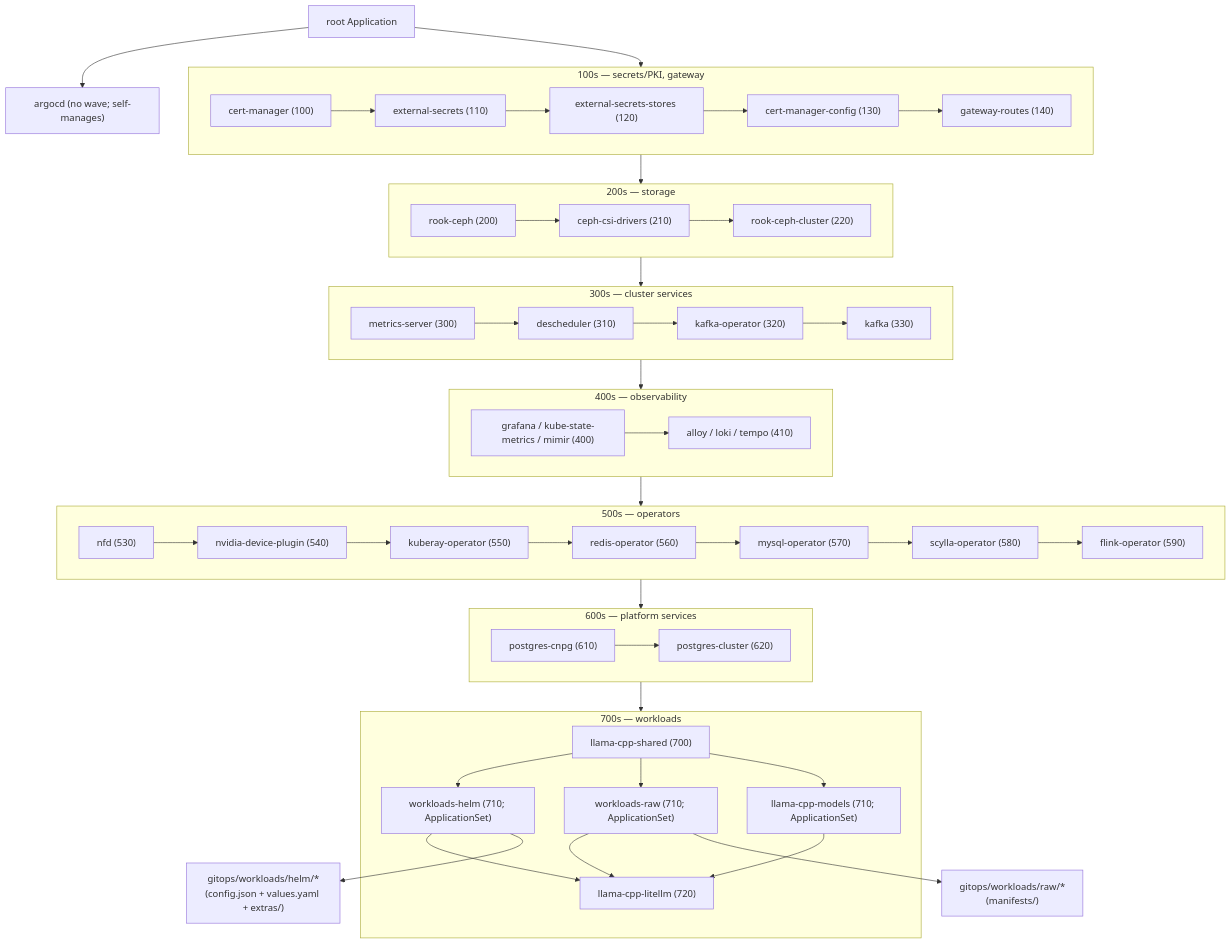
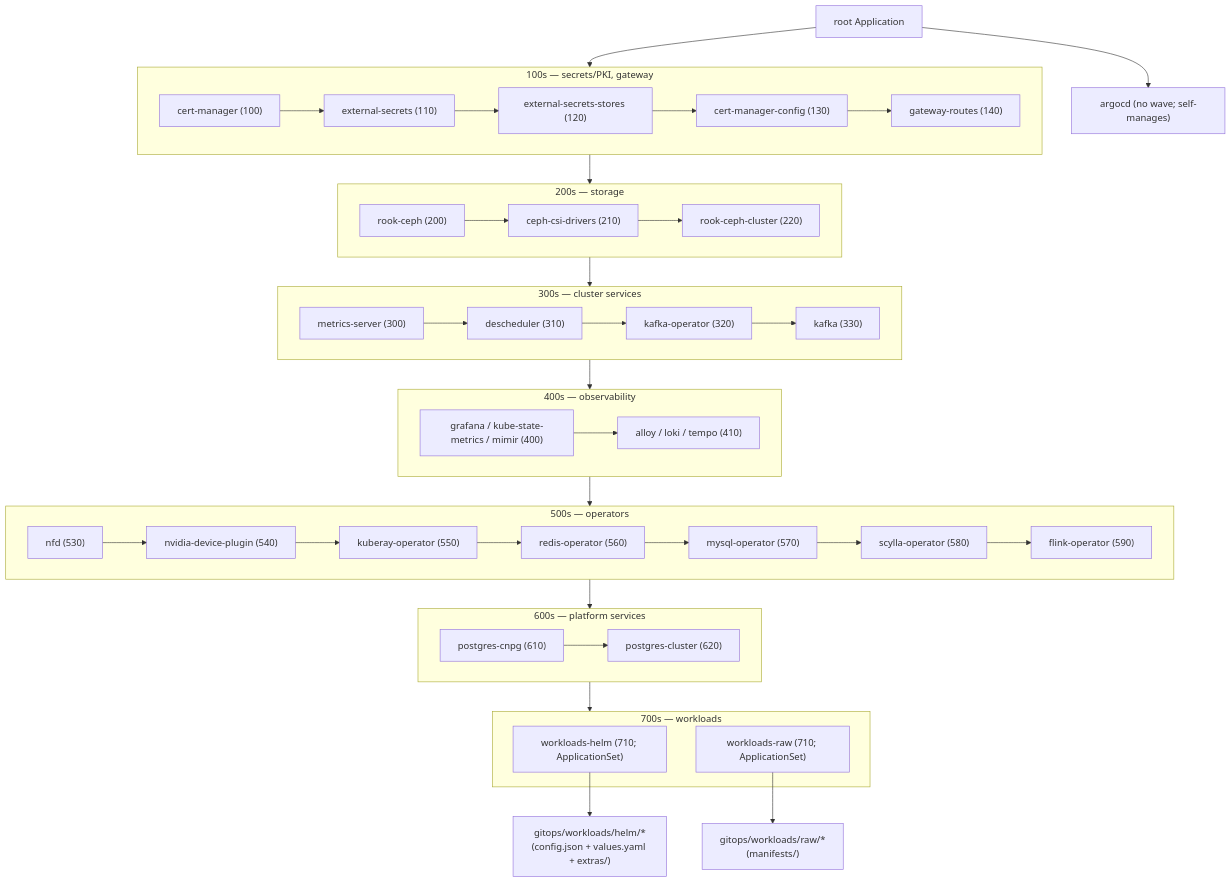
The diagram in README.md (hangxie/homelab), drawn with Mermaid before and after one commit. The commit also changed other lines of this file and 20 other files, not shown here.

First line of the commit message:
chore(llama-cpp): remove in-cluster llama.cpp and GPU time-slicing

````diff
--- a/README.md
+++ b/README.md
@@ -32,61 +32,52 @@
 ```mermaid
 flowchart TD
     root["root Application"]
     argocd["argocd (no wave; self-manages)"]
     root --> argocd
     root --> secrets
 
     subgraph secrets["100s — secrets/PKI, gateway"]
         cert-manager["cert-manager (100)"] --> external-secrets["external-secrets (110)"]
         external-secrets --> stores["external-secrets-stores (120)"]
         stores --> cm-config["cert-manager-config (130)"]
         cm-config --> gateway-routes["gateway-routes (140)"]
     end
 
     subgraph storage["200s — storage"]
         rook-ceph["rook-ceph (200)"] --> csi["ceph-csi-drivers (210)"]
         csi --> ceph-cluster["rook-ceph-cluster (220)"]
     end
 
     subgraph cluster-svcs["300s — cluster services"]
         metrics-server["metrics-server (300)"] --> descheduler["descheduler (310)"]
         descheduler --> kafka-operator["kafka-operator (320)"]
         kafka-operator --> kafka["kafka (330)"]
     end
 
     subgraph observability["400s — observability"]
         metrics["grafana / kube-state-metrics / mimir (400)"] --> telemetry["alloy / loki / tempo (410)"]
     end
 
     subgraph operators["500s — operators"]
         nfd["nfd (530)"] --> nvidia["nvidia-device-plugin (540)"]
         nvidia --> kuberay["kuberay-operator (550)"]
         kuberay --> redis-op["redis-operator (560)"]
         redis-op --> mysql-op["mysql-operator (570)"]
         mysql-op --> scylla-op["scylla-operator (580)"]
         scylla-op --> flink-op["flink-operator (590)"]
     end
 
     subgraph platform-svcs["600s — platform services"]
         cnpg["postgres-cnpg (610)"] --> pg-cluster["postgres-cluster (620)"]
     end
 
     subgraph workloads["700s — workloads"]
-        llama-shared["llama-cpp-shared (700)"]
         wl-helm["workloads-helm (710; ApplicationSet)"]
         wl-raw["workloads-raw (710; ApplicationSet)"]
-        llama-models["llama-cpp-models (710; ApplicationSet)"]
-        litellm["llama-cpp-litellm (720)"]
-        llama-shared --> wl-helm
-        llama-shared --> wl-raw
-        llama-shared --> llama-models
-        wl-helm --> litellm
-        wl-raw --> litellm
-        llama-models --> litellm
     end
 
     secrets --> storage --> cluster-svcs --> observability --> operators --> platform-svcs --> workloads
 
     wl-helm --> helm-apps["gitops/workloads/helm/*<br>(config.json + values.yaml + extras/)"]
     wl-raw --> raw-apps["gitops/workloads/raw/*<br>(manifests/)"]
 ```
````
